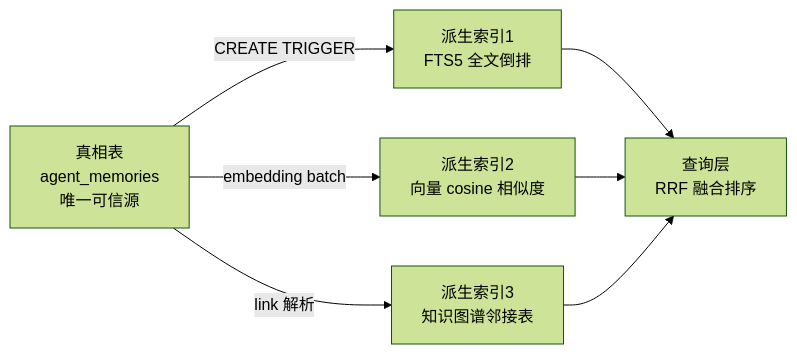
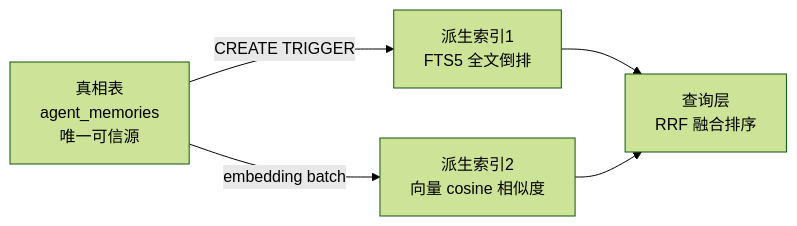
The first of 2 diagrams in docs/wiki/04-design/01-设计原则与模式.md (lanxiake/lumii), drawn with Mermaid (forest theme) before and after one commit. The commit also changed other lines of this file and 11 other files, not shown here.

````diff
--- a/docs/wiki/04-design/01-设计原则与模式.md
+++ b/docs/wiki/04-design/01-设计原则与模式.md
@@ -49,9 +49,7 @@
 ```mermaid
 flowchart LR
     A[真相表<br/>agent_memories<br/>唯一可信源] -->|CREATE TRIGGER| B[派生索引1<br/>FTS5 全文倒排]
     A -->|embedding batch| C[派生索引2<br/>向量 cosine 相似度]
-    A -->|link 解析| D[派生索引3<br/>知识图谱邻接表]
     B --> E[查询层<br/>RRF 融合排序]
     C --> E
-    D --> E
 ```
````
